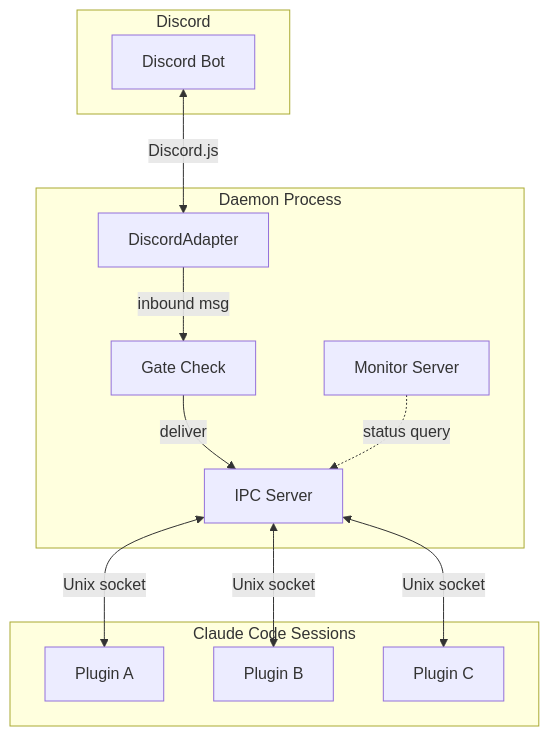
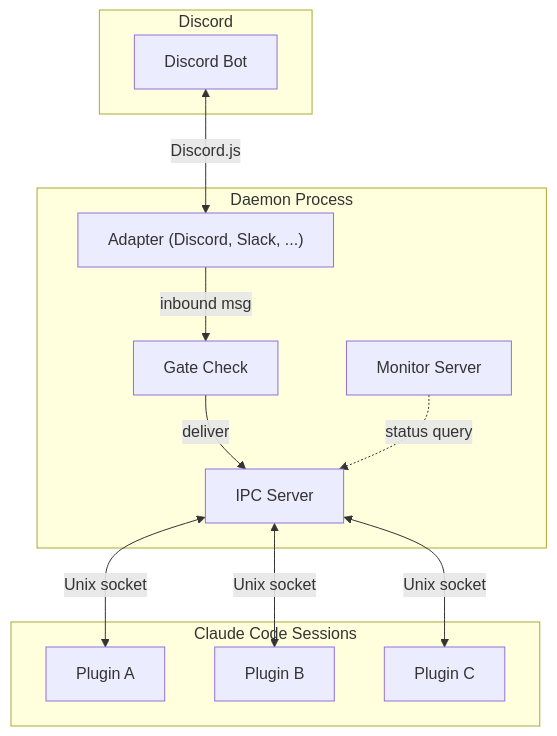
Before and after one commit to HealGaren/claude-channel-mux: the first of 12 diagrams in docs/guides/architecture.md, drawn with Mermaid. The commit also changed other lines of this file, not shown here.

Commit message:
docs: fix broken mermaid syntax, add adapter platform hint

````diff
--- a/docs/guides/architecture.md
+++ b/docs/guides/architecture.md
@@ -7,27 +7,27 @@
 ```mermaid
 graph TB
     subgraph Discord
         Bot[Discord Bot]
     end
 
     subgraph Daemon Process
-        Adapter[DiscordAdapter]
+        Adapter["Adapter (Discord, Slack, ...)"]
         Gate[Gate Check]
         IPC[IPC Server]
         Monitor[Monitor Server]
     end
 
     subgraph Claude Code Sessions
         P1[Plugin A]
         P2[Plugin B]
         P3[Plugin C]
     end
 
     Bot <-->|Discord.js| Adapter
     Adapter -->|inbound msg| Gate
     Gate -->|deliver| IPC
     IPC <-->|Unix socket| P1
     IPC <-->|Unix socket| P2
     IPC <-->|Unix socket| P3
     Monitor -.->|status query| IPC
 ```
````
